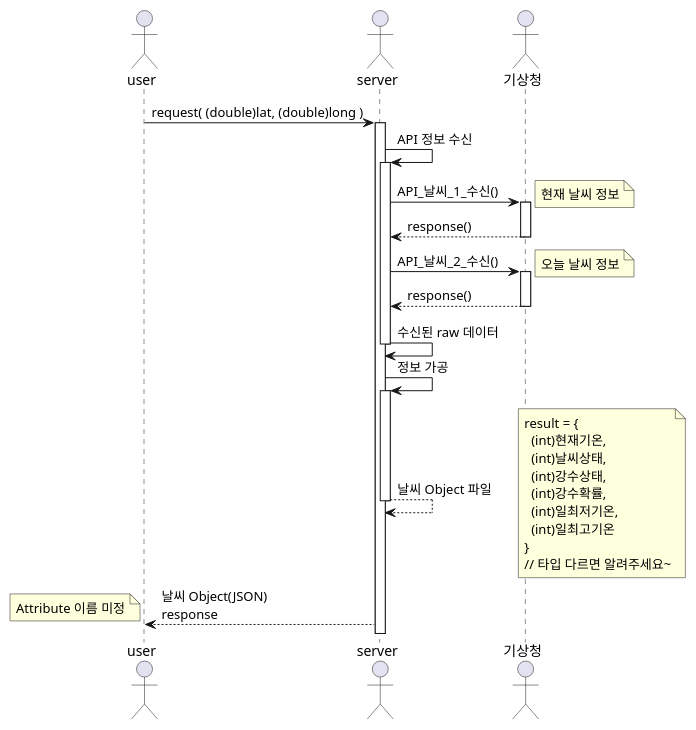
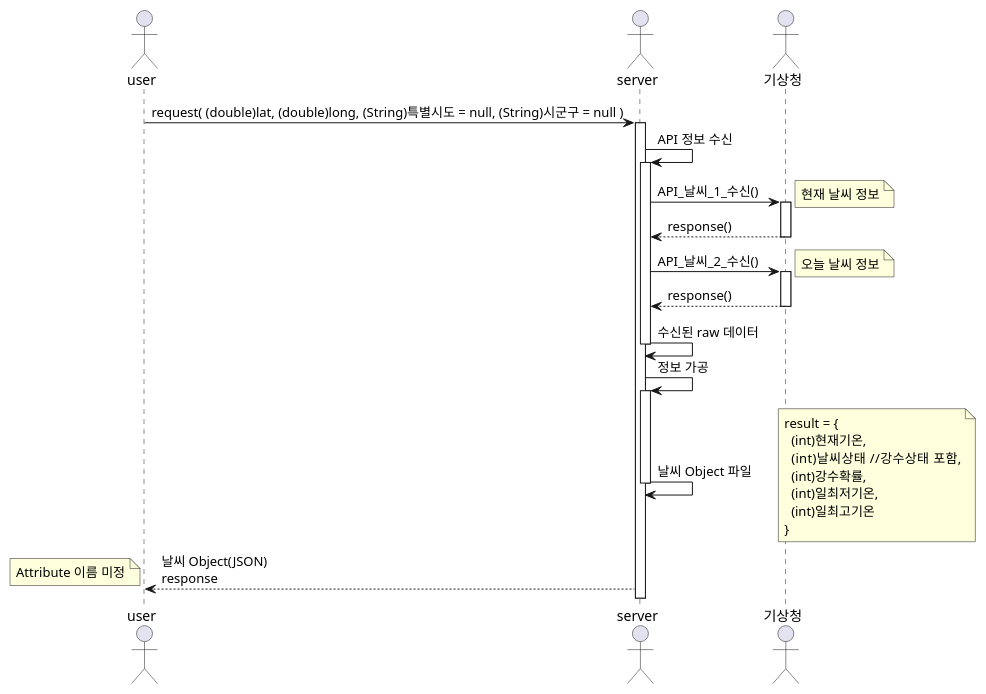
The diagram in uml/seq_weather_current_realtime.puml (Team-Kelly/Requirements), drawn with PlantUML before and after one commit. The commit also changed 4 other files, not shown here.

```diff
--- a/uml/seq_weather_current_realtime.puml
+++ b/uml/seq_weather_current_realtime.puml
@@ -1,39 +1,39 @@
 @startuml seq_weather_current_realtime
 
 actor user
 actor server
 actor weather as "기상청"
 
-user -> server : request( (double)lat, (double)long )
+user -> server : request( (double)lat, (double)long, (String)특별시도 = null, (String)시군구 = null )
 activate server
 
 
 server -> server : API 정보 수신
 activate server
 server -> weather : API_날씨_1_수신()
 note right: 현재 날씨 정보
 activate weather
 weather --> server : response()
 deactivate weather
 
 server -> weather : API_날씨_2_수신()
 note right: 오늘 날씨 정보
 activate weather
 weather --> server : response()
 deactivate weather
 server -> server : 수신된 raw 데이터
 deactivate server
 
 server -> server : 정보 가공
 
 activate server
 
 
-server --> server : 날씨 Object 파일
-note right : result = {\n  (int)현재기온,\n  (int)날씨상태,\n  (int)강수상태,\n  (int)강수확률,\n  (int)일최저기온,\n  (int)일최고기온\n}\n// 타입 다르면 알려주세요~
+server -> server : 날씨 Object 파일
+note right : result = {\n  (int)현재기온,\n  (int)날씨상태   //강수상태 포함,\n  (int)강수확률,\n  (int)일최저기온,\n  (int)일최고기온\n}
 deactivate server
 
 server --> user : 날씨 Object(JSON)\nresponse
 note left : Attribute 이름 미정
 
 @enduml
```
